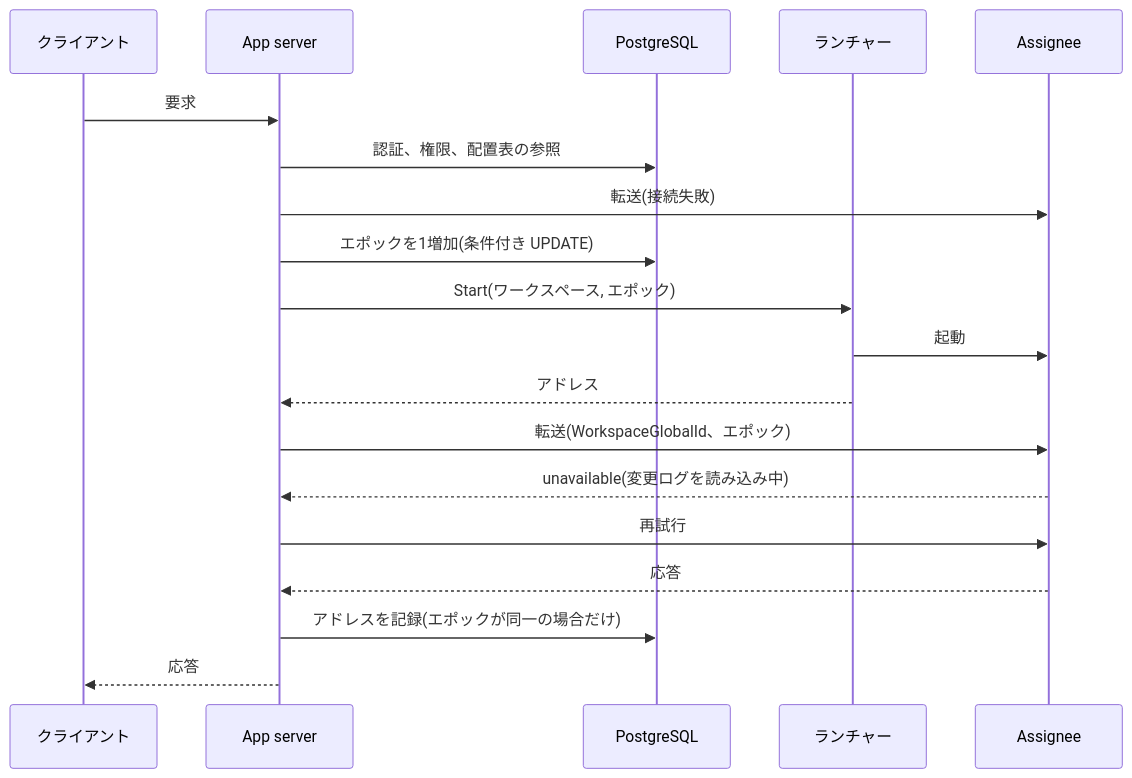
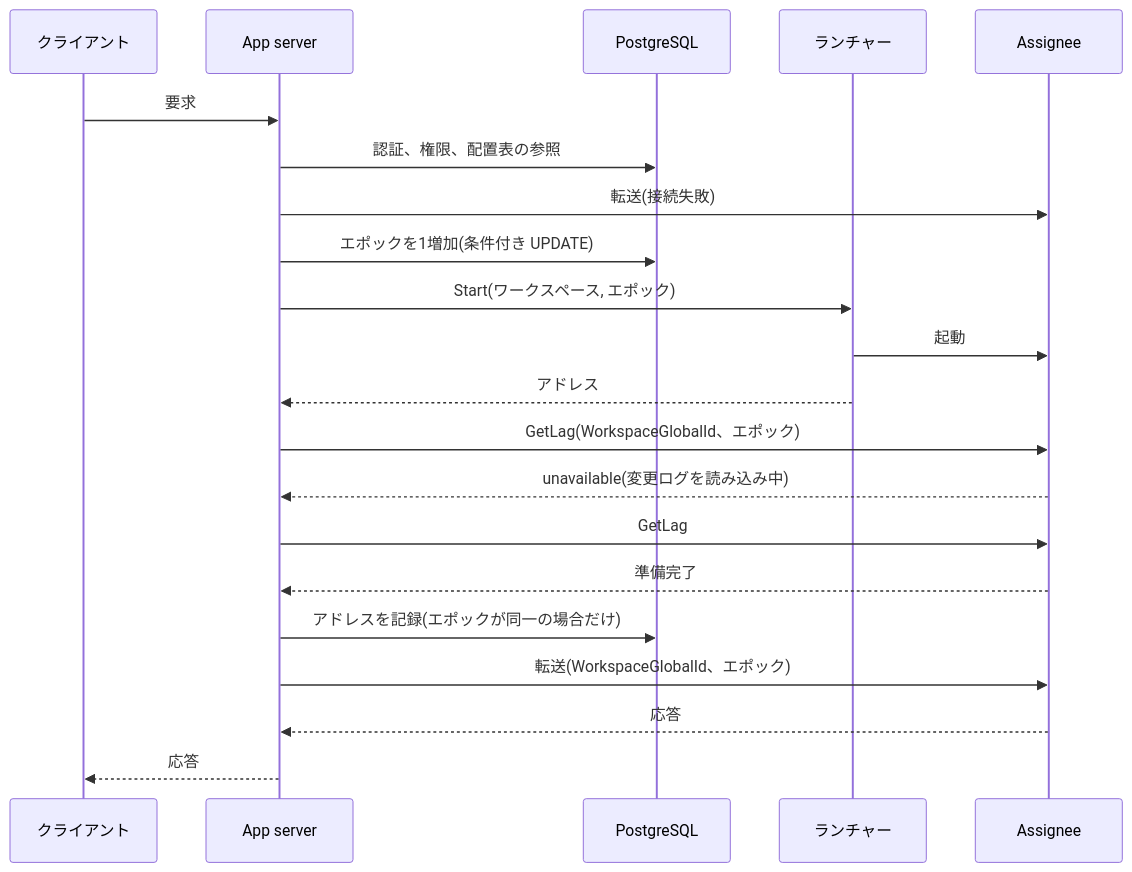
The first of 2 diagrams in docs/adr/0012-placement-table-issues-epochs-and-a-process-serves-one-epoch.md (kazu-2020/epm), drawn with Mermaid before and after one commit. The commit also changed other lines of this file, not shown here.

````diff
--- a/docs/adr/0012-placement-table-issues-epochs-and-a-process-serves-one-epoch.md
+++ b/docs/adr/0012-placement-table-issues-epochs-and-a-process-serves-one-epoch.md
@@ -45,21 +57,23 @@
 ```mermaid
 sequenceDiagram
     participant C as クライアント
     participant A as App server
     participant P as PostgreSQL
     participant L as ランチャー
     participant W as Assignee
     C->>A: 要求
     A->>P: 認証、権限、配置表の参照
     A->>W: 転送(接続失敗)
     A->>P: エポックを1増加(条件付き UPDATE)
     A->>L: Start(ワークスペース, エポック)
     L->>W: 起動
     L-->>A: アドレス
+    A->>W: GetLag(WorkspaceGlobalId、エポック)
+    W-->>A: unavailable(変更ログを読み込み中)
+    A->>W: GetLag
+    W-->>A: 準備完了
+    A->>P: アドレスを記録(エポックが同一の場合だけ)
     A->>W: 転送(WorkspaceGlobalId、エポック)
-    W-->>A: unavailable(変更ログを読み込み中)
-    A->>W: 再試行
     W-->>A: 応答
-    A->>P: アドレスを記録(エポックが同一の場合だけ)
     A-->>C: 応答
 ```
````
